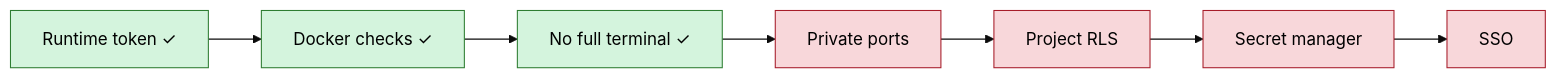
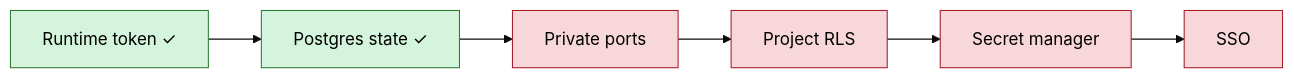
Before and after one commit to HasithaErandika/aura: the second of 2 diagrams in docs/security/threat-model.md, drawn with Mermaid (base theme). The commit also changed other lines of this file and 18 other files, not shown here.

````diff
--- a/docs/security/threat-model.md
+++ b/docs/security/threat-model.md
@@ -83,6 +83,6 @@
 ```mermaid
 flowchart LR
-    A["Runtime token ✓"]:::ok --> B["Docker checks ✓"]:::ok --> C["No full terminal ✓"]:::ok --> D["Private ports"]:::todo --> E["Project RLS"]:::todo --> F["Secret manager"]:::todo --> G["SSO"]:::todo
+    A["Runtime token ✓"]:::ok --> B["Postgres state ✓"]:::ok --> D["Private ports"]:::todo --> E["Project RLS"]:::todo --> F["Secret manager"]:::todo --> G["SSO"]:::todo
     classDef ok fill:#d4f4dd,stroke:#2e7d32,color:#000
     classDef todo fill:#f8d7da,stroke:#a71d2a,color:#000
 ```
````
